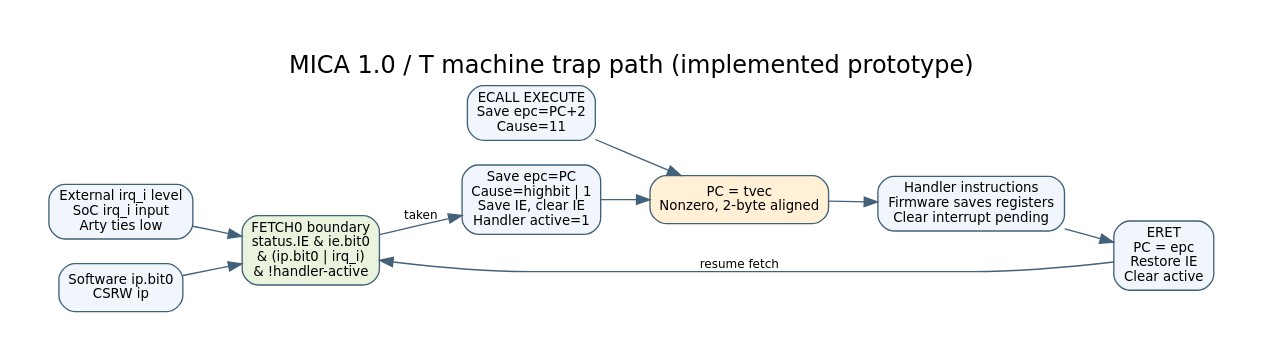
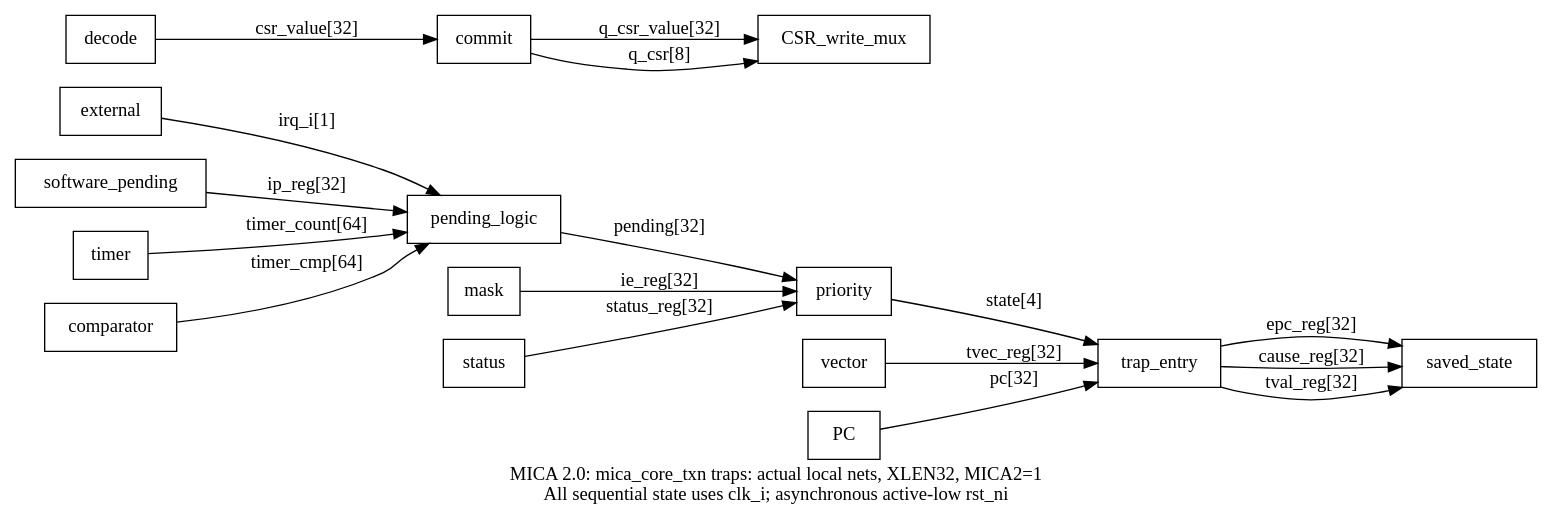
Before and after one commit to RobertFlexx/MICA: the diagram in schematics/10-trap-control.dot, drawn with Graphviz. The commit also changed 321 other files, not shown here.

```diff
--- a/schematics/10-trap-control.dot
+++ b/schematics/10-trap-control.dot
@@ -1,14 +1,18 @@
-digraph mica_trap {
-  graph [label="MICA 1.0 / T machine trap path (implemented prototype)",labelloc=t,rankdir=LR,fontsize=18,fontname="DejaVu Sans",pad=.4];
-  node [shape=box,style="rounded,filled",fillcolor="#f1f5fc",color="#416178",fontname="DejaVu Sans",fontsize=10];
-  edge [color="#44617a",fontsize=9,fontname="DejaVu Sans"];
-  src [label="External irq_i level\nSoC irq_i input\nArty ties low"];
-  soft [label="Software ip.bit0\nCSRW ip"];
-  gate [label="FETCH0 boundary\nstatus.IE & ie.bit0\n& (ip.bit0 | irq_i)\n& !handler-active",fillcolor="#e9f3dd"];
-  entry [label="Save epc=PC\nCause=highbit | 1\nSave IE, clear IE\nHandler active=1"];
-  ecall [label="ECALL EXECUTE\nSave epc=PC+2\nCause=11"];
-  vector [label="PC = tvec\nNonzero, 2-byte aligned",fillcolor="#fff0d6"];
-  handler [label="Handler instructions\nFirmware saves registers\nClear interrupt pending"];
-  eret [label="ERET\nPC = epc\nRestore IE\nClear active"];
-  src->gate;soft->gate;gate->entry [label="taken"];entry->vector;ecall->vector;vector->handler;handler->eret;eret->gate [label="resume fetch"];
+digraph traps {rankdir=LR;label="MICA 2.0: mica_core_txn traps: actual local nets, XLEN32, MICA2=1\nAll sequential state uses clk_i; asynchronous active-low rst_ni";node[shape=box];
+external->pending_logic[label="irq_i[1]"];
+software_pending->pending_logic[label="ip_reg[32]"];
+timer->pending_logic[label="timer_count[64]"];
+comparator->pending_logic[label="timer_cmp[64]"];
+pending_logic->priority[label="pending[32]"];
+mask->priority[label="ie_reg[32]"];
+status->priority[label="status_reg[32]"];
+priority->trap_entry[label="state[4]"];
+vector->trap_entry[label="tvec_reg[32]"];
+PC->trap_entry[label="pc[32]"];
+trap_entry->saved_state[label="epc_reg[32]"];
+trap_entry->saved_state[label="cause_reg[32]"];
+trap_entry->saved_state[label="tval_reg[32]"];
+decode->commit[label="csr_value[32]"];
+commit->CSR_write_mux[label="q_csr_value[32]"];
+commit->CSR_write_mux[label="q_csr[8]"];
 }
```
